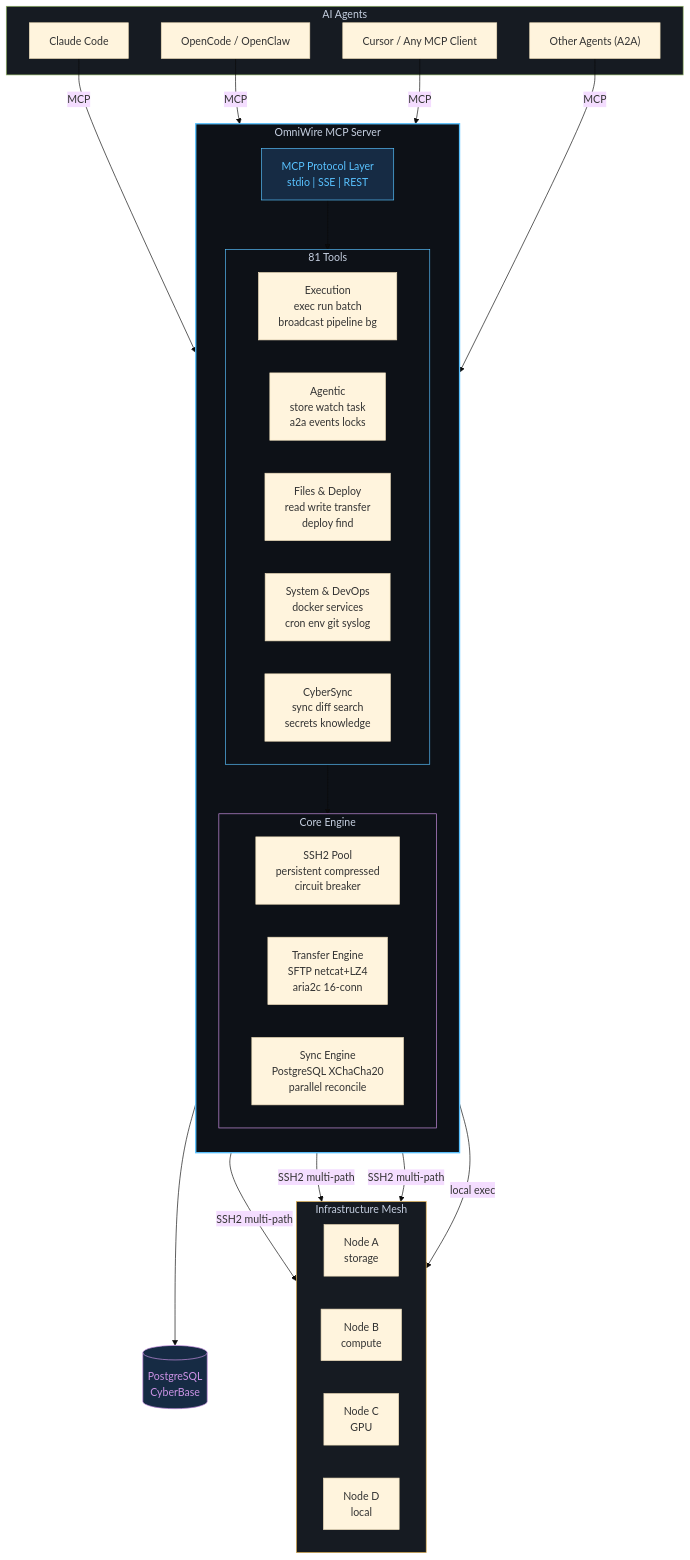
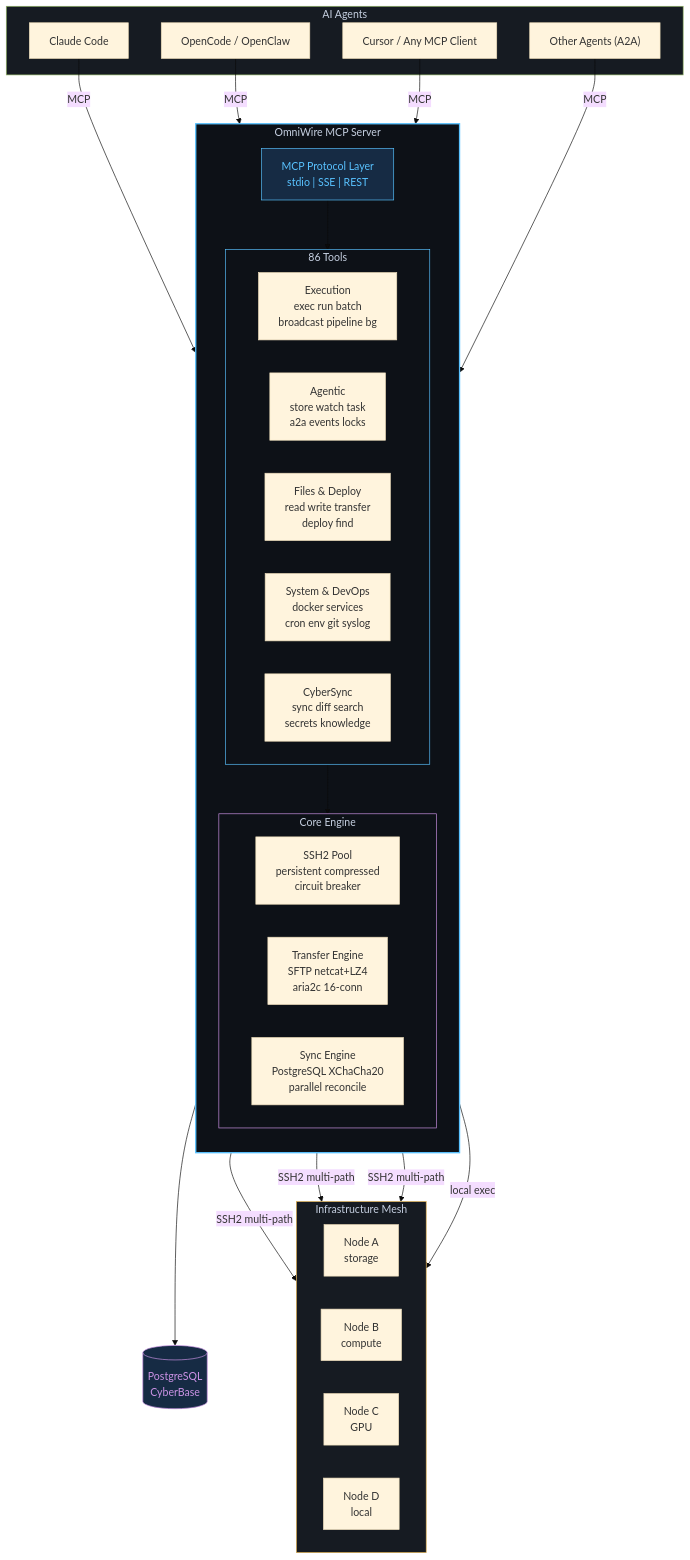
One commit to VoidChecksum/omniwire changed the diagram in README.md. Above: the diagram before and after it, drawn with Mermaid (base theme). The commit also changed other lines of this file and 1 other file, not shown here.

First line of the commit message:
docs: sync GitHub/npm metadata — 86 tools everywhere

````diff
--- a/README.md
+++ b/README.md
@@ -204,55 +204,55 @@
 ```mermaid
 graph TB
     subgraph clients["AI Agents"]
         CC["Claude Code"]
         OC["OpenCode / OpenClaw"]
         CU["Cursor / Any MCP Client"]
         A2["Other Agents (A2A)"]
     end
 
     subgraph omniwire["OmniWire MCP Server"]
         direction TB
         MCP["MCP Protocol Layer<br/>stdio | SSE | REST"]
 
-        subgraph tools["81 Tools"]
+        subgraph tools["86 Tools"]
             direction LR
             EXEC["Execution<br/>exec  run  batch<br/>broadcast  pipeline  bg"]
             AGENT["Agentic<br/>store  watch  task<br/>a2a  events  locks"]
             FILES["Files & Deploy<br/>read  write  transfer<br/>deploy  find"]
             SYS["System & DevOps<br/>docker  services<br/>cron  env  git  syslog"]
             SYNC["CyberSync<br/>sync  diff  search<br/>secrets  knowledge"]
         end
 
         subgraph engine["Core Engine"]
             direction LR
             POOL["SSH2 Pool<br/>persistent  compressed<br/>circuit breaker"]
             XFER["Transfer Engine<br/>SFTP  netcat+LZ4<br/>aria2c 16-conn"]
             CSYNC["Sync Engine<br/>PostgreSQL  XChaCha20<br/>parallel reconcile"]
         end
     end
 
     subgraph mesh["Infrastructure Mesh"]
         direction LR
         N1["Node A<br/>storage"]
         N2["Node B<br/>compute"]
         N3["Node C<br/>GPU"]
         N4["Node D<br/>local"]
     end
 
     DB[("PostgreSQL<br/>CyberBase")]
 
     CC & OC & CU & A2 -->|MCP| MCP
     MCP --> tools
     tools --> engine
     POOL -->|"SSH2 multi-path"| N1 & N2 & N3
     POOL -->|"local exec"| N4
     CSYNC --> DB
 
     style omniwire fill:#0D1117,stroke:#59C2FF,stroke-width:2px,color:#C6D0E1
     style clients fill:#161B22,stroke:#91B362,stroke-width:1px,color:#C6D0E1
     style mesh fill:#161B22,stroke:#E6B450,stroke-width:1px,color:#C6D0E1
     style tools fill:#0D1117,stroke:#59C2FF,stroke-width:1px,color:#C6D0E1
     style engine fill:#0D1117,stroke:#CC93E6,stroke-width:1px,color:#C6D0E1
     style MCP fill:#162B44,stroke:#59C2FF,color:#59C2FF
     style DB fill:#162B44,stroke:#CC93E6,color:#CC93E6
 ```
````
